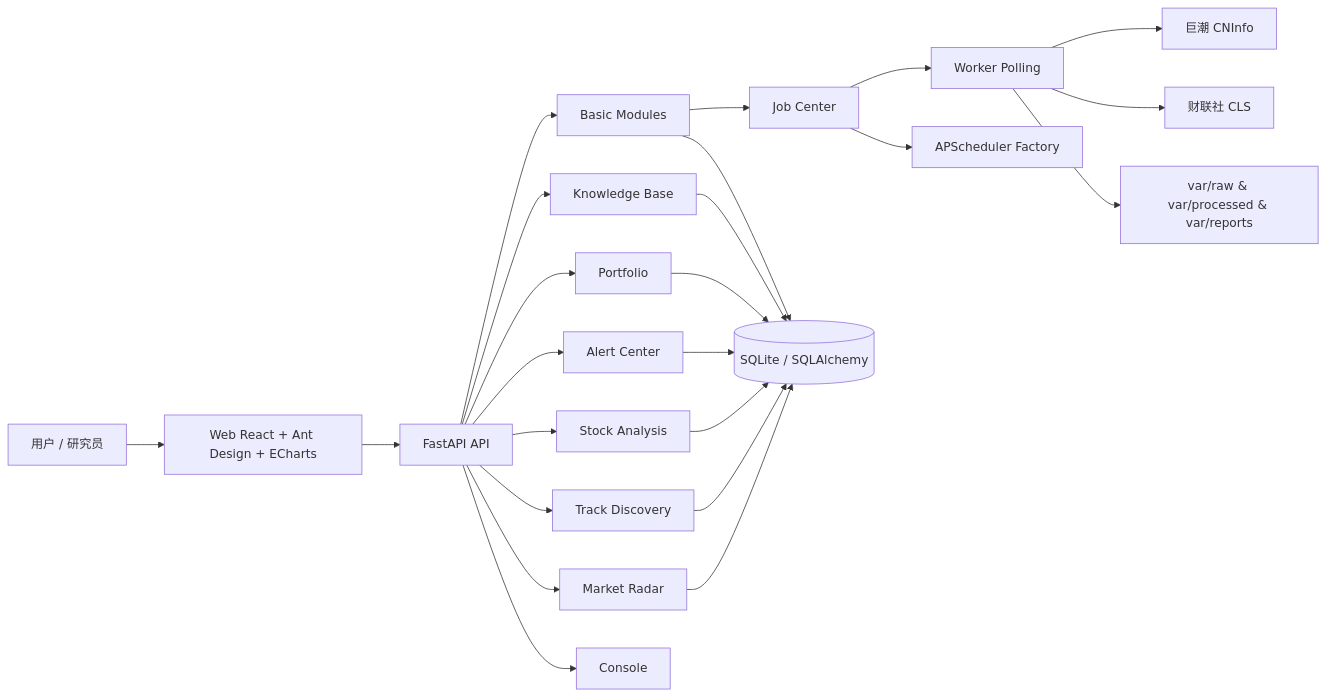
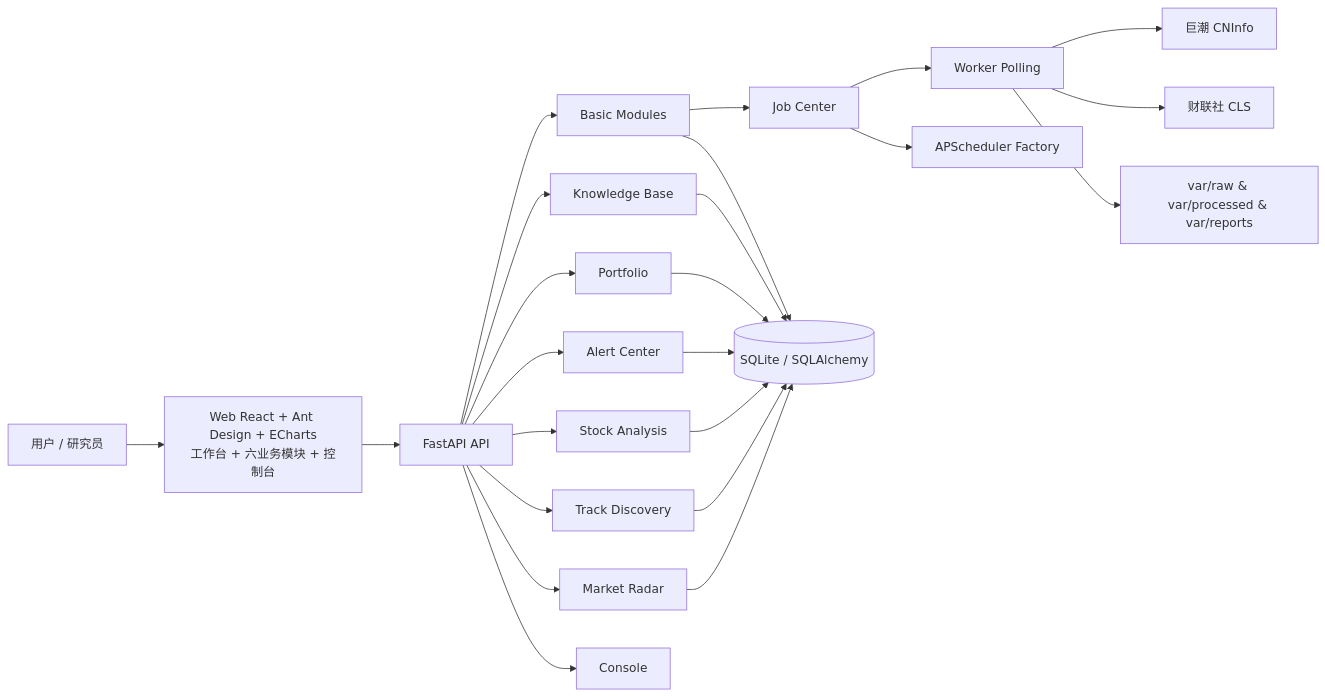
Before and after one commit to brianuuuu/liuli-v2: the first of 3 diagrams in README.md, drawn with Mermaid. The commit also changed other lines of this file and 1 other file, not shown here.

````diff
--- a/README.md
+++ b/README.md
@@ -70,31 +72,31 @@
 ```mermaid
 flowchart LR
-  U[用户 / 研究员] --> W[Web React + Ant Design + ECharts]
+  U[用户 / 研究员] --> W[Web React + Ant Design + ECharts<br/>工作台 + 六业务模块 + 控制台]
   W --> API[FastAPI API]
 
   API --> M1[Market Radar]
   API --> M2[Track Discovery]
   API --> M3[Stock Analysis]
   API --> M4[Alert Center]
   API --> M5[Portfolio]
   API --> M6[Knowledge Base]
   API --> MB[Basic Modules]
   API --> MC[Console]
 
   MB --> JC[Job Center]
   JC --> WRK[Worker Polling]
   JC --> SCH[APScheduler Factory]
 
   WRK --> D1[巨潮 CNInfo]
   WRK --> D2[财联社 CLS]
 
   M1 --> DB[(SQLite / SQLAlchemy)]
   M2 --> DB
   M3 --> DB
   M4 --> DB
   M5 --> DB
   M6 --> DB
   MB --> DB
 
   WRK --> FS[var/raw & var/processed & var/reports]
 ```
````
